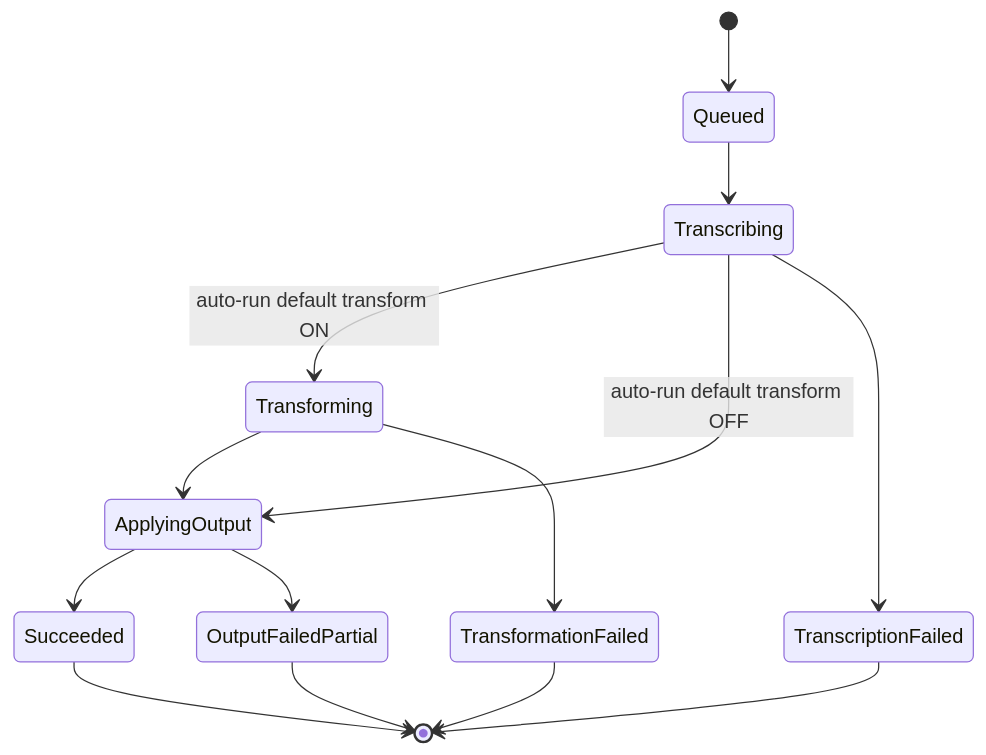
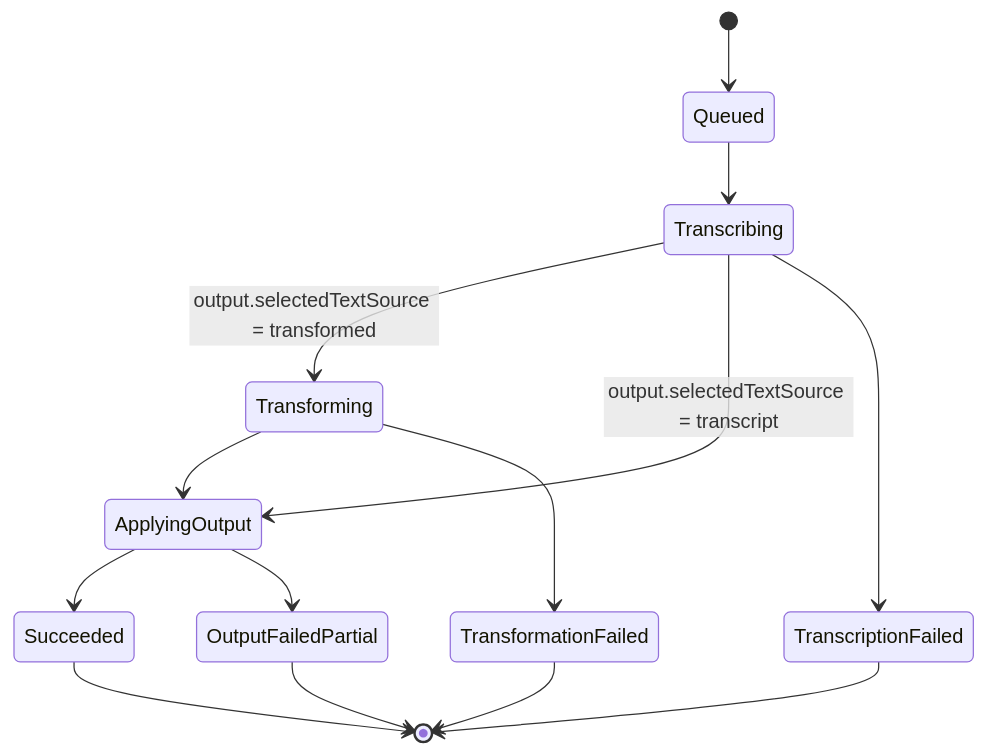
Before and after one commit to massun-onibakuchi/speech-to-text-app: the fourth of 8 diagrams in specs/spec.md, drawn with Mermaid. The commit also changed other lines of this file, not shown here.

````diff
--- a/specs/spec.md
+++ b/specs/spec.md
@@ -531,16 +526,16 @@
 ```mermaid
 stateDiagram-v2
   [*] --> Queued
   Queued --> Transcribing
-  Transcribing --> Transforming: auto-run default transform ON
-  Transcribing --> ApplyingOutput: auto-run default transform OFF
+  Transcribing --> Transforming: output.selectedTextSource = transformed
+  Transcribing --> ApplyingOutput: output.selectedTextSource = transcript
   Transforming --> ApplyingOutput
   ApplyingOutput --> Succeeded
   Transcribing --> TranscriptionFailed
   Transforming --> TransformationFailed
   ApplyingOutput --> OutputFailedPartial
   Succeeded --> [*]
   TranscriptionFailed --> [*]
   TransformationFailed --> [*]
   OutputFailedPartial --> [*]
 ```
````
